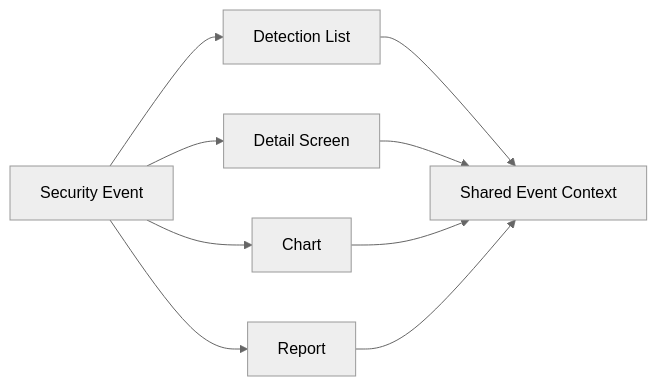
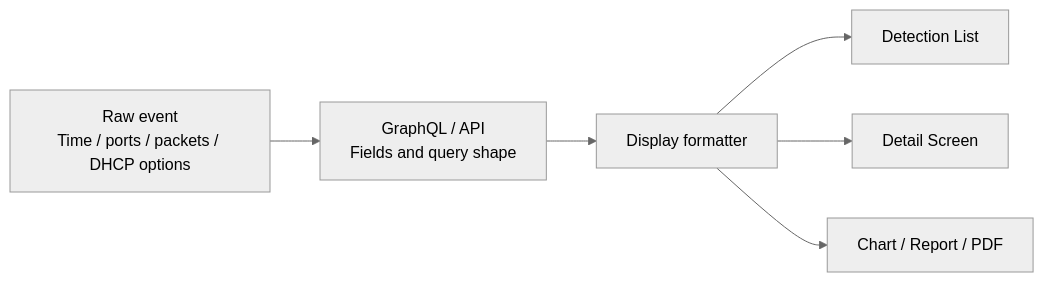
Before and after one commit to zmrdltl/portfolio: the third of 4 diagrams in docs/experience/cluml.en.md, drawn with Mermaid (neutral theme). The commit also changed other lines of this file and 11 other files, not shown here.

````diff
--- a/docs/experience/cluml.en.md
+++ b/docs/experience/cluml.en.md
@@ -76,18 +74,15 @@
 ```mermaid
 flowchart LR
-  event["Security Event"]
+  raw["Raw event\nTime / ports / packets / DHCP options"]
+  api["GraphQL / API\nFields and query shape"]
+  formatter["Display formatter"]
   list["Detection List"]
   detail["Detail Screen"]
-  chart["Chart"]
-  report["Report"]
-  context["Shared Event Context"]
+  report["Chart / Report / PDF"]
 
-  event --> list
-  event --> detail
-  event --> chart
-  event --> report
-  list --> context
-  detail --> context
-  chart --> context
-  report --> context
+  raw --> api
+  api --> formatter
+  formatter --> list
+  formatter --> detail
+  formatter --> report
 ```
````
